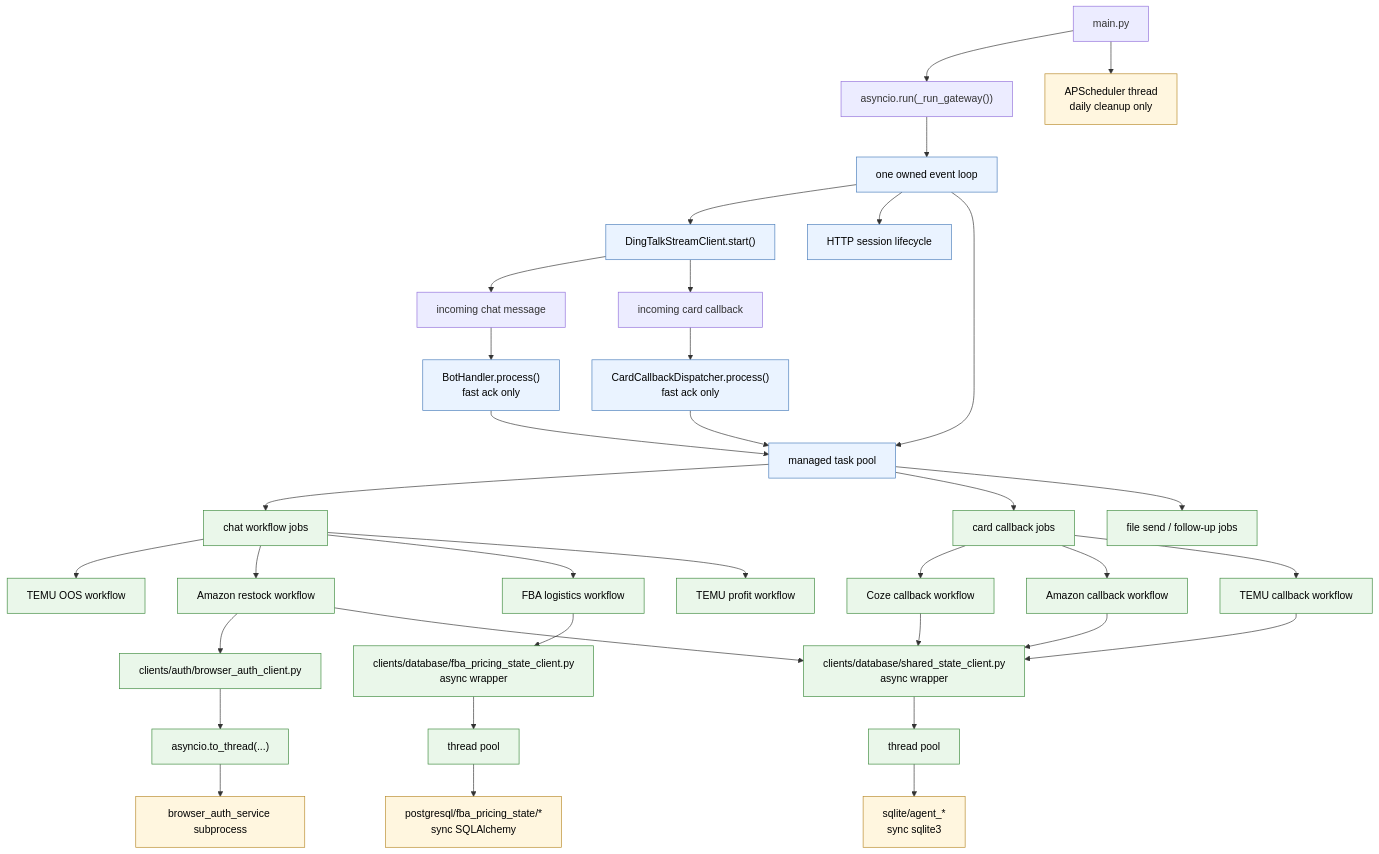
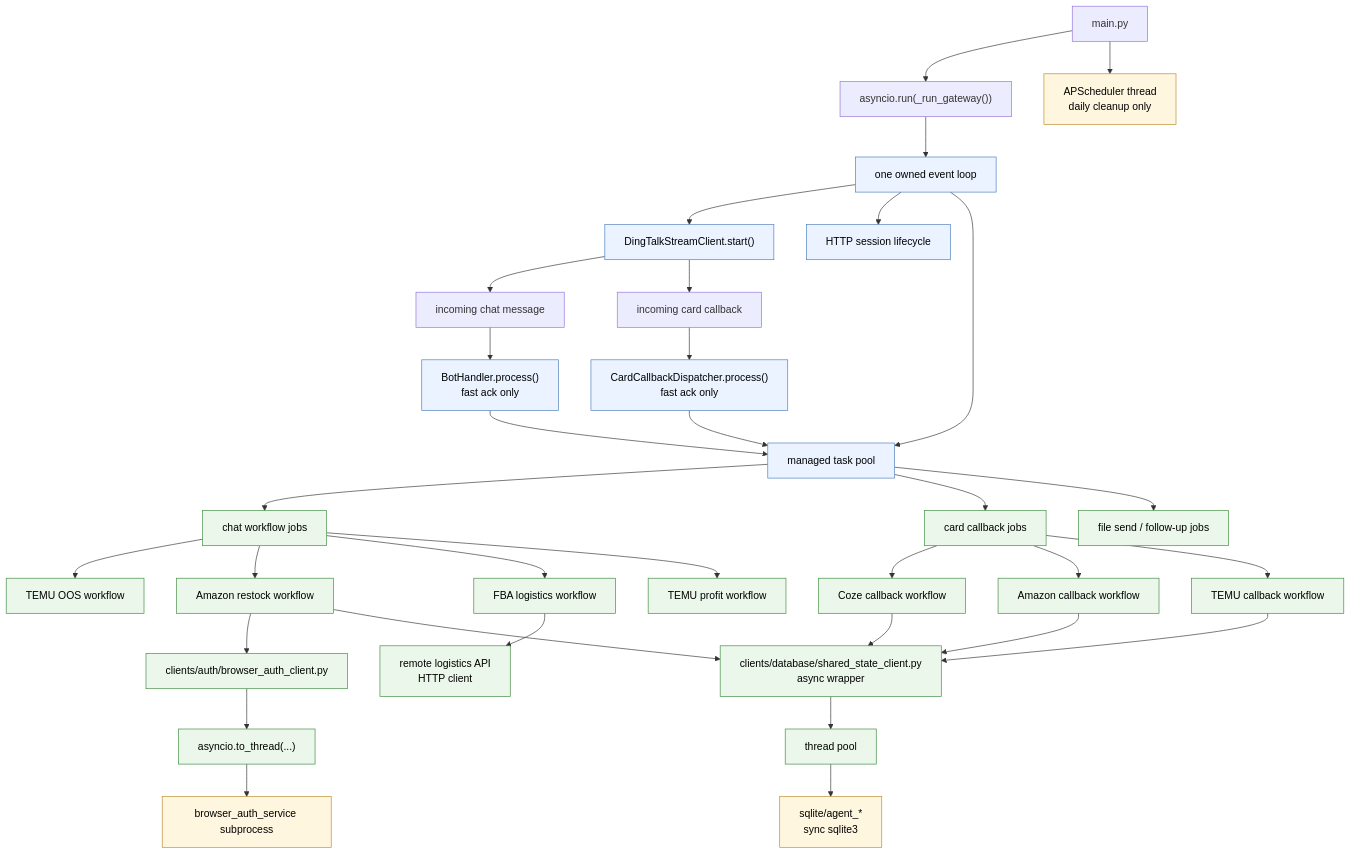
The diagram in docs/eventloop.md (LXE123/LXE_AGENT), drawn with Mermaid before and after one commit. The commit also changed other lines of this file and 21 other files, not shown here.

````diff
--- a/docs/eventloop.md
+++ b/docs/eventloop.md
@@ -27,57 +27,55 @@
 ```mermaid
 flowchart TD
     A["main.py"] --> B["asyncio.run(_run_gateway())"]
     B --> C["one owned event loop"]
 
     C --> D["DingTalkStreamClient.start()"]
     C --> E["HTTP session lifecycle"]
     C --> F["managed task pool"]
 
     D --> G["incoming chat message"]
     D --> H["incoming card callback"]
 
     G --> I["BotHandler.process()<br/>fast ack only"]
     H --> J["CardCallbackDispatcher.process()<br/>fast ack only"]
 
     I --> F
     J --> F
 
     F --> K["chat workflow jobs"]
     F --> L["card callback jobs"]
     F --> M["file send / follow-up jobs"]
 
     K --> N["TEMU OOS workflow"]
     K --> O["Amazon restock workflow"]
     K --> P["FBA logistics workflow"]
     K --> Q["TEMU profit workflow"]
 
     L --> R["Coze callback workflow"]
     L --> S["Amazon callback workflow"]
     L --> T["TEMU callback workflow"]
 
     O --> U["clients/auth/browser_auth_client.py"]
     U --> V["asyncio.to_thread(...)"]
     V --> W["browser_auth_service subprocess"]
 
     O --> X["clients/database/shared_state_client.py<br/>async wrapper"]
-    P --> Z["clients/database/fba_pricing_state_client.py<br/>async wrapper"]
+    P --> Z["remote logistics API<br/>HTTP client"]
     R --> X
     S --> X
     T --> X
 
     X --> X1["thread pool"]
-    Z --> Z1["thread pool"]
 
     X1 --> X2["sqlite/agent_*<br/>sync sqlite3"]
-    Z1 --> Z2["postgresql/fba_pricing_state/*<br/>sync SQLAlchemy"]
 
     A --> AA["APScheduler thread<br/>daily cleanup only"]
 
     classDef loop fill:#eaf3ff,stroke:#4a7dbb,color:#000;
     classDef safe fill:#eaf7ea,stroke:#3d8a3d,color:#000;
     classDef io fill:#fff6df,stroke:#b88a2a,color:#000;
 
     class C,D,E,F,I,J loop;
-    class K,L,M,N,O,P,Q,R,S,T,U,V,X,Z,X1,Z1 safe;
-    class W,X2,Z2,AA io;
+    class K,L,M,N,O,P,Q,R,S,T,U,V,X,Z,X1 safe;
+    class W,X2,AA io;
 ```
````
